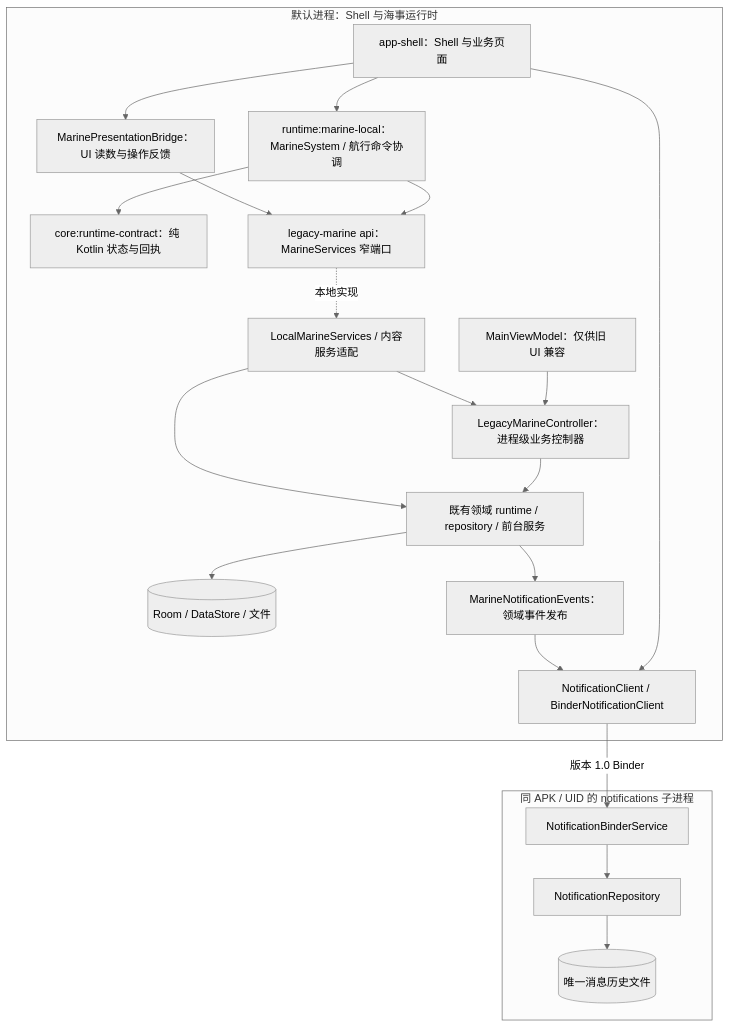
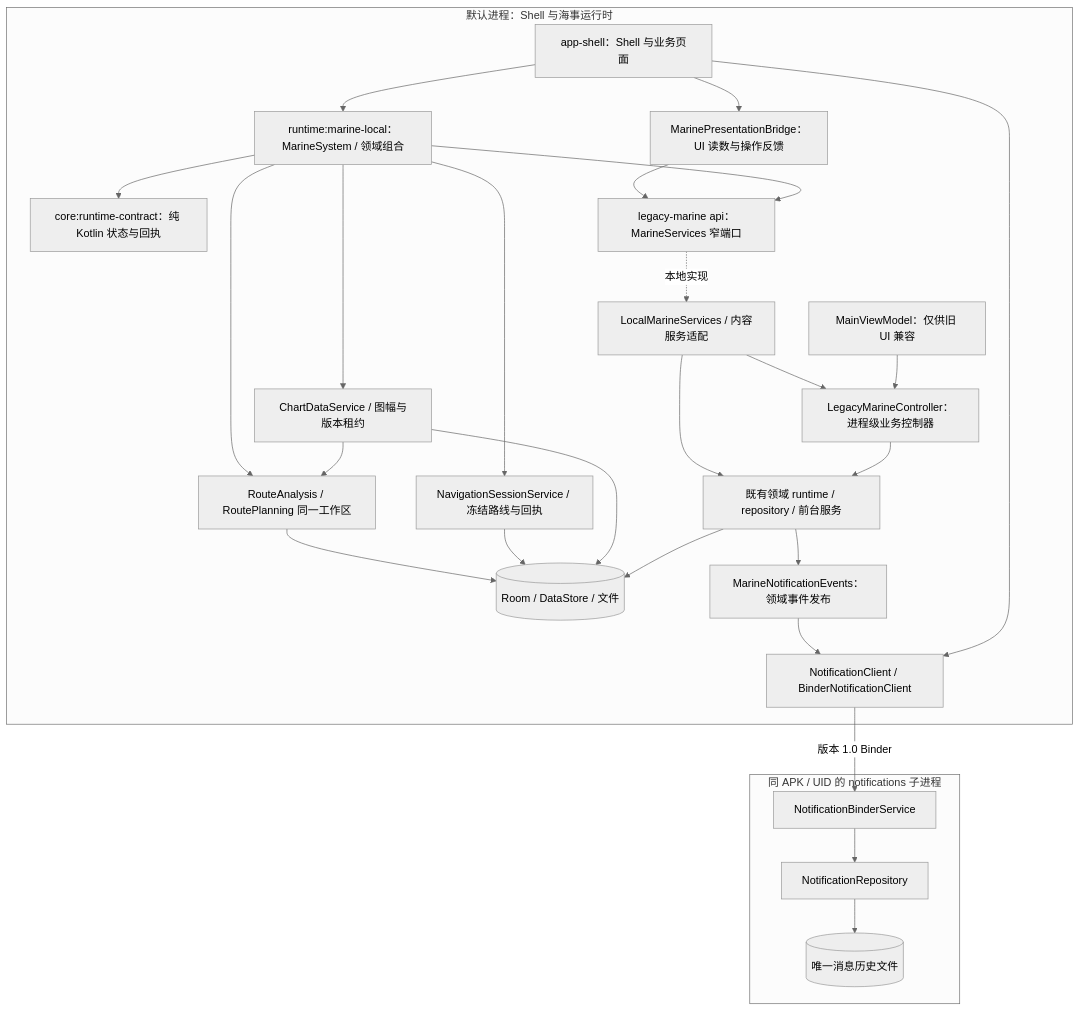
One commit to ohkuku/yokuli_marine_shell changed the diagram in docs/os/10-INPROCESS-SYSTEM-BOUNDARIES.md. Above: the diagram before and after it, drawn with Mermaid (neutral theme). The commit also changed other lines of this file and 69 other files, not shown here.

Commit message:
feat: add structured chart library and selected-data passage planning

````diff
--- a/docs/os/10-INPROCESS-SYSTEM-BOUNDARIES.md
+++ b/docs/os/10-INPROCESS-SYSTEM-BOUNDARIES.md
@@ -9,33 +9,40 @@
 ```mermaid
 flowchart TB
     subgraph ONE[默认进程：Shell 与海事运行时]
         APP[app-shell：Shell 与业务页面]
         BRIDGE[MarinePresentationBridge：UI 读数与操作反馈]
-        HOST[runtime:marine-local：MarineSystem / 航行命令协调]
+        HOST[runtime:marine-local：MarineSystem / 领域组合]
         CORE[core:runtime-contract：纯 Kotlin 状态与回执]
         API[legacy-marine api：MarineServices 窄端口]
         LOCAL[LocalMarineServices / 内容服务适配]
         CONTROLLER[LegacyMarineController：进程级业务控制器]
         VM[MainViewModel：仅供旧 UI 兼容]
         DOMAIN[既有领域 runtime / repository / 前台服务]
         STORE[(Room / DataStore / 文件)]
         APP --> BRIDGE
         APP --> HOST
         BRIDGE --> API
+        HOST --> NAV[NavigationSessionService / 冻结路线与回执]
+        HOST --> CHART[ChartDataService / 图幅与版本租约]
+        HOST --> PLAN[RouteAnalysis / RoutePlanning 同一工作区]
+        CHART --> PLAN
+        PLAN --> STORE
+        NAV --> STORE
+        CHART --> STORE
         HOST --> CORE
         HOST --> API
         API -. 本地实现 .-> LOCAL
         LOCAL --> CONTROLLER
         LOCAL --> DOMAIN
         VM --> CONTROLLER
         CONTROLLER --> DOMAIN --> STORE
         EVENTS[MarineNotificationEvents：领域事件发布] --> NCLIENT[NotificationClient / BinderNotificationClient]
         APP --> NCLIENT
         DOMAIN --> EVENTS
     end
     subgraph NOTICES[同 APK / UID 的 notifications 子进程]
         BINDER[NotificationBinderService] --> NREPO[NotificationRepository]
         NREPO --> NFILE[(唯一消息历史文件)]
     end
     NCLIENT -->|版本 1.0 Binder| BINDER
 ```
````
